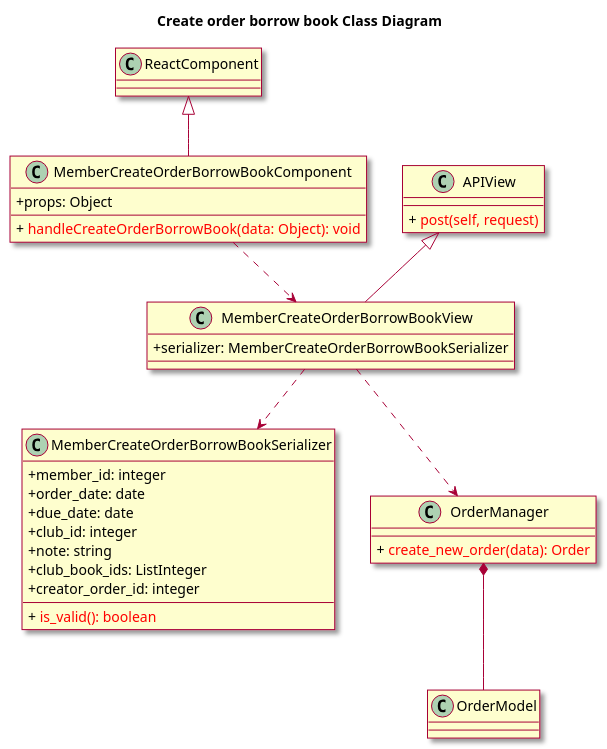
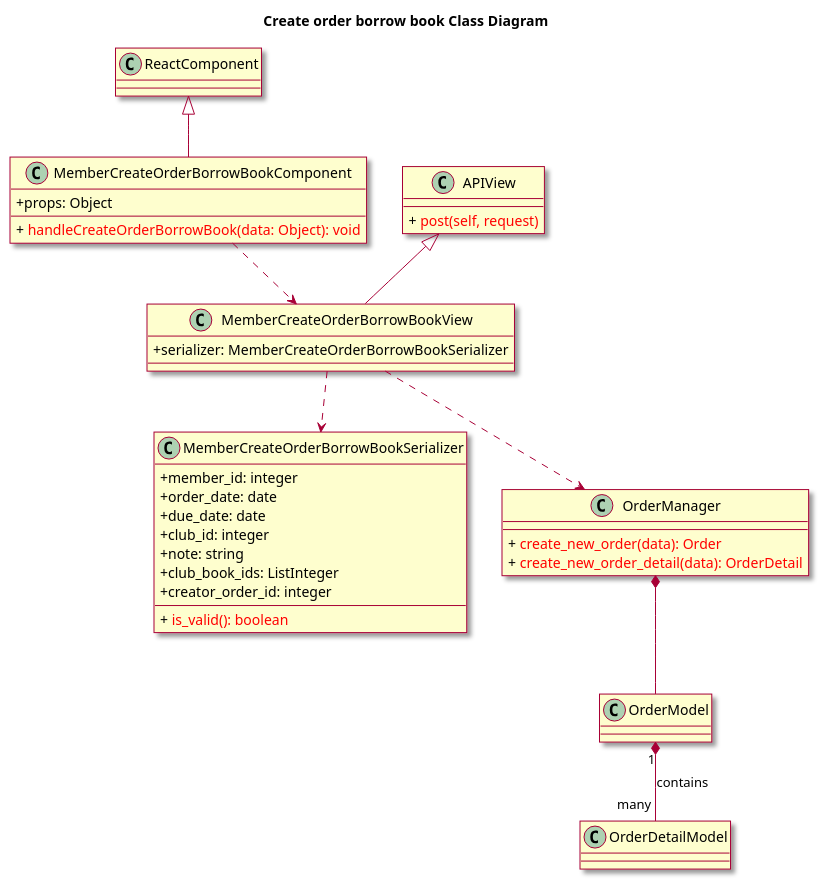
Before and after one commit to ljttl3q04t/Book-Over-There: the diagram in uml/class-create-order-borrow-book.wsd, drawn with PlantUML. The commit also changed 1 other file, not shown here.

```diff
--- a/uml/class-create-order-borrow-book.wsd
+++ b/uml/class-create-order-borrow-book.wsd
@@ -1,45 +1,48 @@
 @startuml
 skin rose
 skinparam classAttributeIconSize 0
 
 title Create order borrow book Class Diagram
 class ReactComponent
 
 class MemberCreateOrderBorrowBookComponent {
 	+ props: Object
 	+ {method} <color:red> handleCreateOrderBorrowBook(data: Object): void
 }
 
 class MemberCreateOrderBorrowBookView {
 	+ serializer: MemberCreateOrderBorrowBookSerializer
 }
 
 class APIView {
 	+ {method} <color:red> post(self, request)
 }
 
 class MemberCreateOrderBorrowBookSerializer {
 	+  member_id: integer
     +  order_date: date
     +  due_date: date
     +  club_id: integer
     +  note: string
     +  club_book_ids: ListInteger
     +  creator_order_id: integer
 	+ {method} <color:red> is_valid(): boolean
 }
 
 class OrderManager {
 	+ {method} <color:red> create_new_order(data): Order
+    + {method} <color:red> create_new_order_detail(data): OrderDetail
 }
 
 class OrderModel {
 }
-
+class OrderDetailModel {
+}
 ReactComponent <|-- MemberCreateOrderBorrowBookComponent
 APIView <|-- MemberCreateOrderBorrowBookView
 MemberCreateOrderBorrowBookComponent ..> MemberCreateOrderBorrowBookView
 MemberCreateOrderBorrowBookView ..> MemberCreateOrderBorrowBookSerializer
 MemberCreateOrderBorrowBookView ..> OrderManager
 OrderManager *-- OrderModel
+OrderModel "1" *-- "many" OrderDetailModel : contains
 @enduml
```
